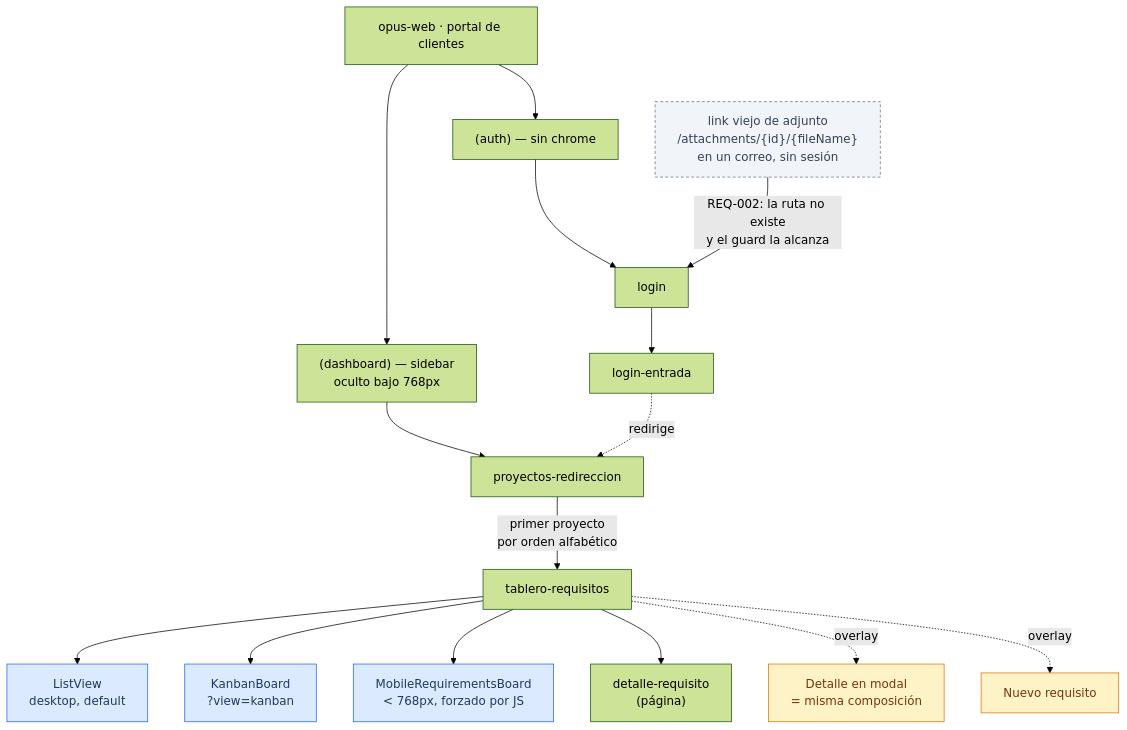
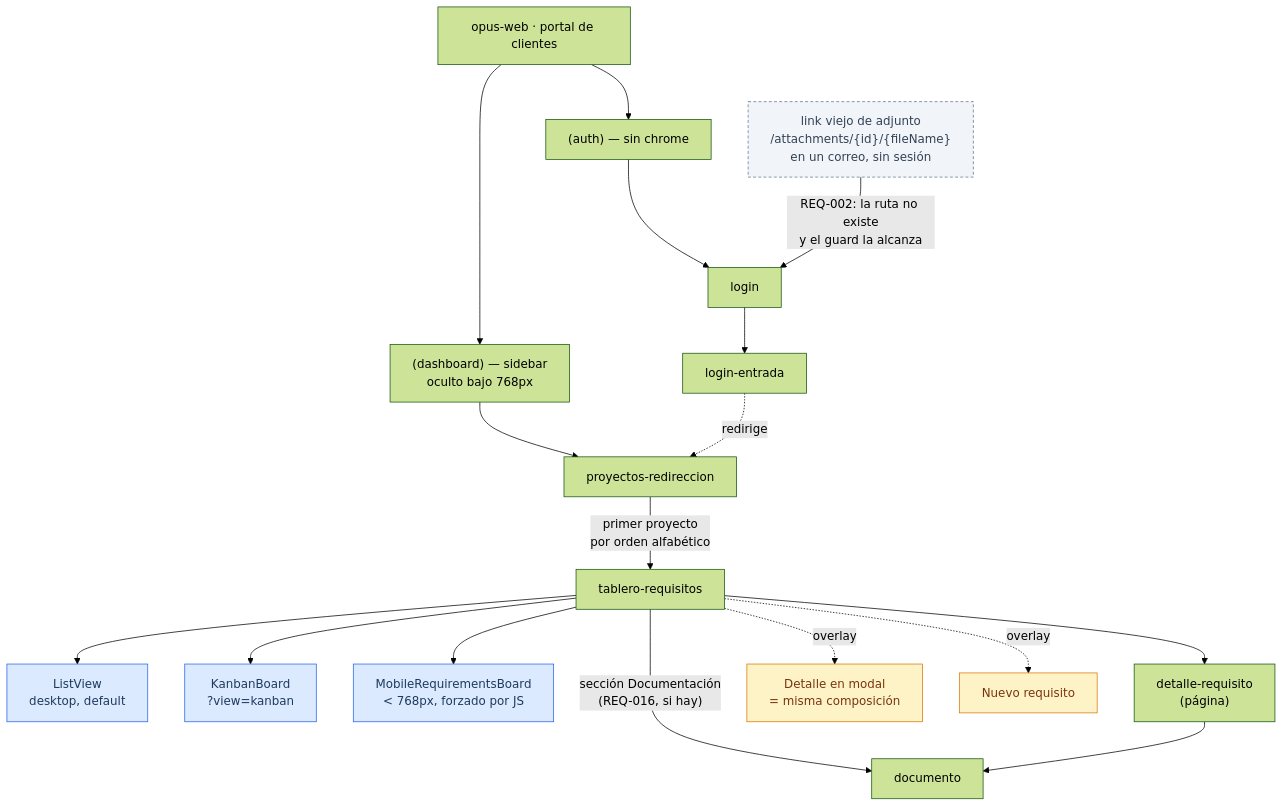
Before and after one commit to gravadigital/jiku: the diagram in docs/ux/surfaces/opus-web/product-map.md, drawn with Mermaid (forest theme). The commit also changed other lines of this file and 21 other files, not shown here.

````diff
--- a/docs/ux/surfaces/opus-web/product-map.md
+++ b/docs/ux/surfaces/opus-web/product-map.md
@@ -198,33 +215,35 @@
 ```mermaid
 flowchart TD
     Root["opus-web · portal de clientes"]
 
     Root --> Auth["(auth) — sin chrome"]
     Root --> Dash["(dashboard) — sidebar<br/>oculto bajo 768px"]
 
     Auth --> L1["login"]
     L1 --> L2["login-entrada"]
 
     LINK["link viejo de adjunto<br/>/attachments/{id}/{fileName}<br/>en un correo, sin sesión"]
     LINK -->|"REQ-002: la ruta no existe<br/>y el guard la alcanza"| L1
 
     Dash --> RD["proyectos-redireccion"]
     RD -->|"primer proyecto<br/>por orden alfabético"| TB["tablero-requisitos"]
 
     TB --> V1["ListView<br/>desktop, default"]
     TB --> V2["KanbanBoard<br/>?view=kanban"]
     TB --> V3["MobileRequirementsBoard<br/>&lt; 768px, forzado por JS"]
 
     TB --> DET["detalle-requisito<br/>(página)"]
+    TB -->|"sección Documentación<br/>(REQ-016, si hay)"| DOC["documento"]
+    DET --> DOC
     TB -.overlay.-> MOD["Detalle en modal<br/>= misma composición"]
     TB -.overlay.-> NEW["Nuevo requisito"]
 
     L2 -.redirige.-> RD
 
     classDef vista fill:#dbeafe,stroke:#2563eb,color:#1e3a5f
     classDef overlay fill:#fef3c7,stroke:#d97706,color:#78350f
     classDef externo fill:#f1f5f9,stroke:#64748b,color:#334155,stroke-dasharray: 4 3
     class V1,V2,V3 vista
     class MOD,NEW overlay
     class LINK externo
 ```
````
